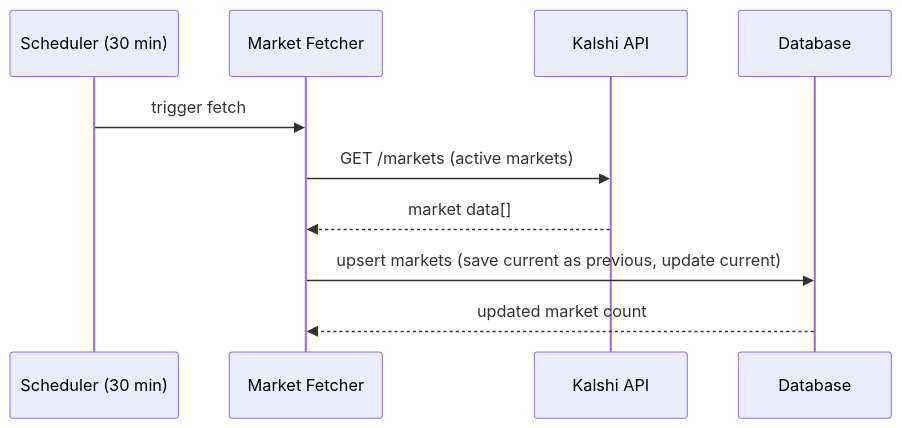
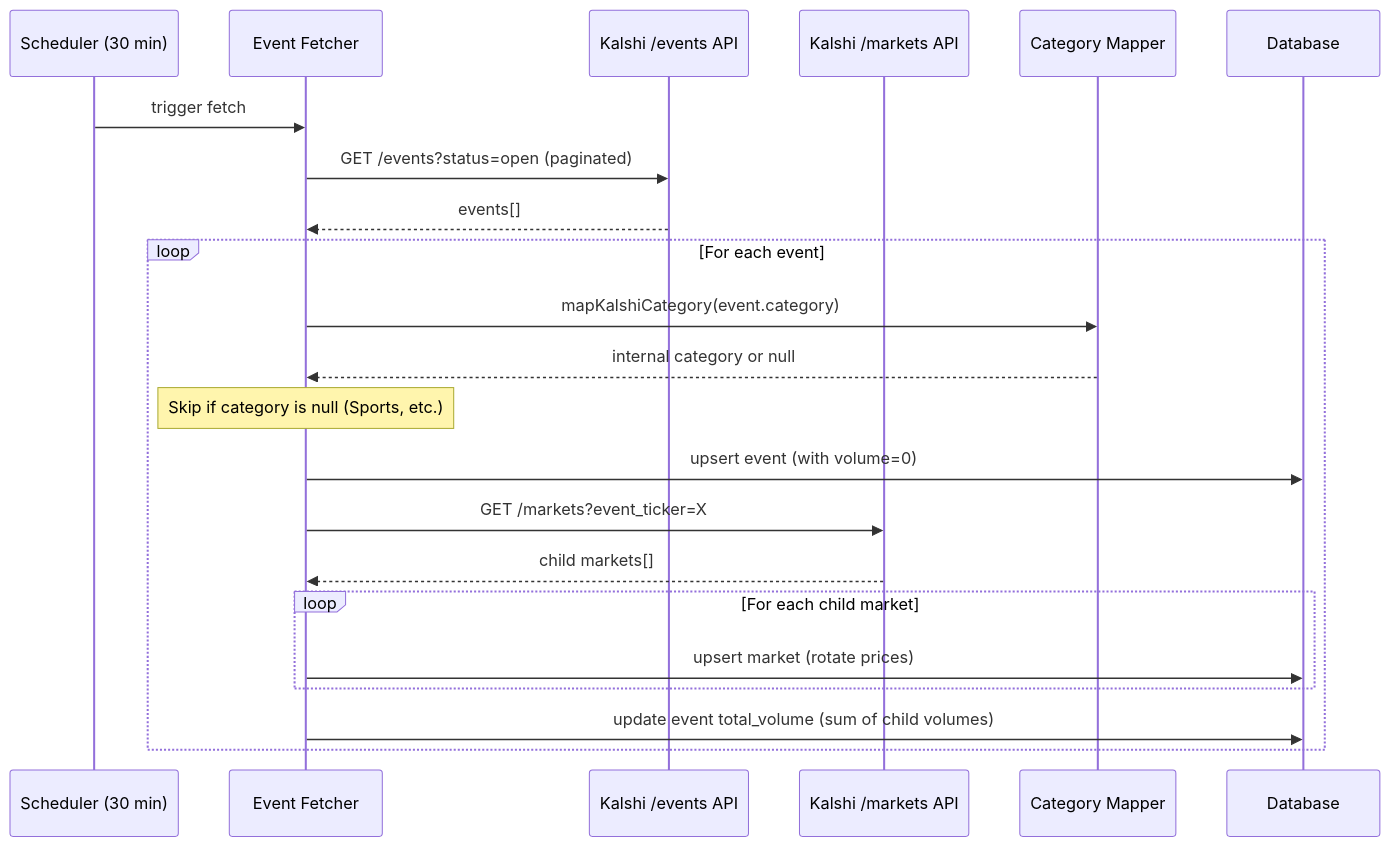
Before and after one commit to chakane0/eco: the second of 5 diagrams in README.md, drawn with Mermaid. The commit also changed other lines of this file and 5 other files, not shown here.

````diff
--- a/README.md
+++ b/README.md
@@ -82,13 +266,26 @@
 ```mermaid
 sequenceDiagram
     participant Cron as Scheduler (30 min)
-    participant Fetcher as Market Fetcher
-    participant Kalshi as Kalshi API
+    participant Fetcher as Event Fetcher
+    participant KalshiE as Kalshi /events API
+    participant KalshiM as Kalshi /markets API
+    participant CatMap as Category Mapper
     participant DB as Database
 
     Cron->>Fetcher: trigger fetch
-    Fetcher->>Kalshi: GET /markets (active markets)
-    Kalshi-->>Fetcher: market data[]
-    Fetcher->>DB: upsert markets (save current as previous, update current)
-    DB-->>Fetcher: updated market count
+    Fetcher->>KalshiE: GET /events?status=open (paginated)
+    KalshiE-->>Fetcher: events[]
+
+    loop For each event
+        Fetcher->>CatMap: mapKalshiCategory(event.category)
+        CatMap-->>Fetcher: internal category or null
+        Note over Fetcher: Skip if category is null (Sports, etc.)
+        Fetcher->>DB: upsert event (with volume=0)
+        Fetcher->>KalshiM: GET /markets?event_ticker=X
+        KalshiM-->>Fetcher: child markets[]
+        loop For each child market
+            Fetcher->>DB: upsert market (rotate prices)
+        end
+        Fetcher->>DB: update event total_volume (sum of child volumes)
+    end
 ```
````
